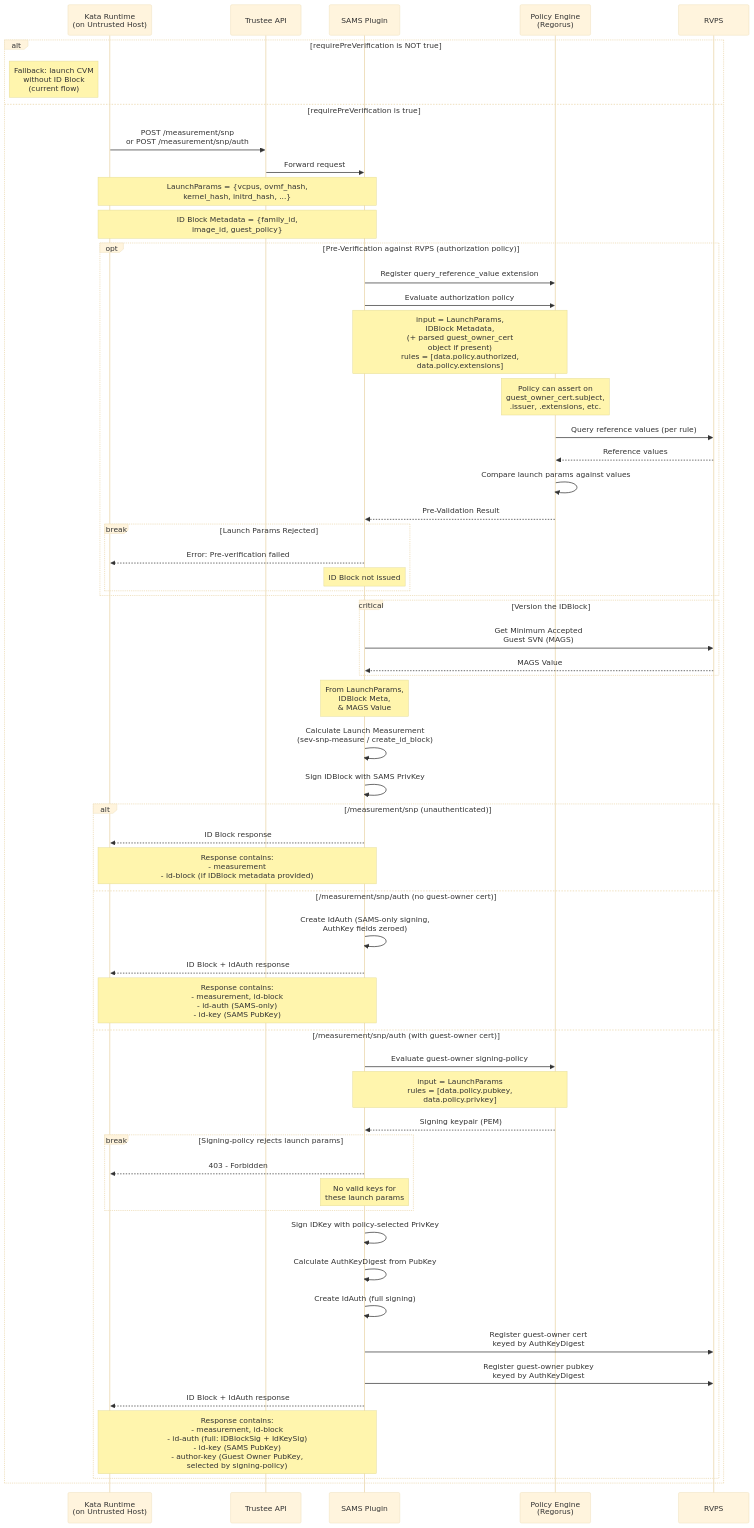
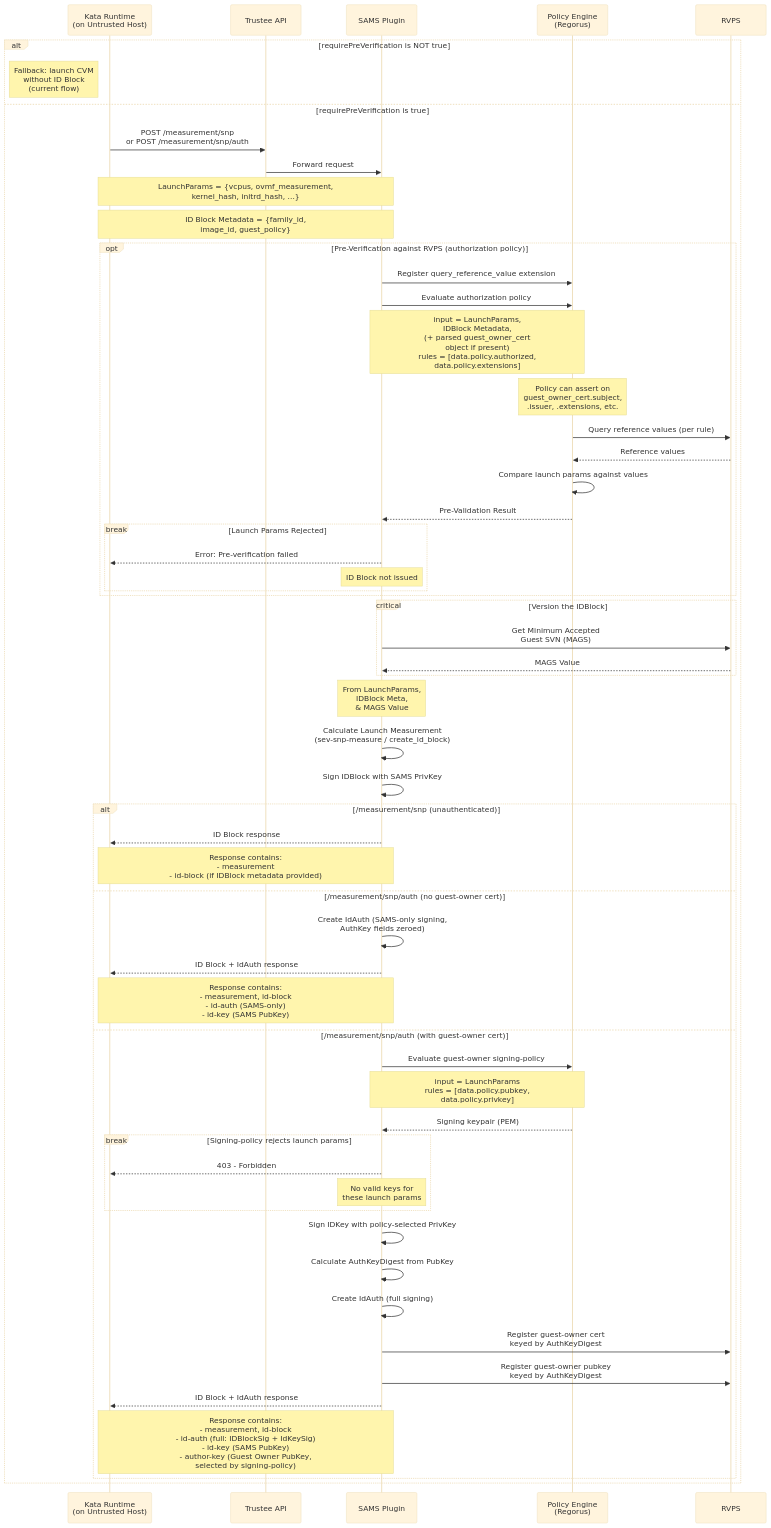
The second of 6 diagrams in kbs/src/plugins/implementations/sams/README.md (amd-cmaxwell/trustee), drawn with Mermaid (base theme) before and after one commit. The commit also changed other lines of this file and 5 other files, not shown here.

First line of the commit message:
kbs: replace ovmf_hash_str with OvmfMeasurement in SAMS measurement endpoints

````diff
--- a/kbs/src/plugins/implementations/sams/README.md
+++ b/kbs/src/plugins/implementations/sams/README.md
@@ -302,65 +299,65 @@
 ```mermaid
 sequenceDiagram
     participant kata_runtime as Kata Runtime<br>(on Untrusted Host)
     participant api as Trustee API
     participant sams as SAMS Plugin
     participant policy_engine as Policy Engine<br>(Regorus)
     participant rvps as RVPS
 
     alt requirePreVerification is NOT true
         note left of kata_runtime: Fallback: launch CVM<br>without ID Block<br>(current flow)
     else requirePreVerification is true
         kata_runtime ->> api: POST /measurement/snp<br>or POST /measurement/snp/auth
         api ->> sams: Forward request
 
-        note over kata_runtime, sams: LaunchParams = {vcpus, ovmf_hash,<br>kernel_hash, initrd_hash, ...}
+        note over kata_runtime, sams: LaunchParams = {vcpus, ovmf_measurement,<br>kernel_hash, initrd_hash, ...}
         note over kata_runtime, sams: ID Block Metadata = {family_id,<br>image_id, guest_policy}
 
         opt Pre-Verification against RVPS (authorization policy)
             sams ->> policy_engine: Register query_reference_value extension
             sams ->> policy_engine: Evaluate authorization policy
             note over sams, policy_engine: input = LaunchParams,<br>IDBlock Metadata,<br>(+ parsed guest_owner_cert<br>object if present)<br>rules = [data.policy.authorized,<br>data.policy.extensions]
             note over policy_engine: Policy can assert on<br>guest_owner_cert.subject,<br>.issuer, .extensions, etc.
             policy_engine ->> rvps: Query reference values (per rule)
             rvps -->> policy_engine: Reference values
             policy_engine ->> policy_engine: Compare launch params against values
             policy_engine -->> sams: Pre-Validation Result
             break Launch Params Rejected
                 sams -->> kata_runtime: Error: Pre-verification failed
                 note over sams: ID Block not issued
             end
         end
 
         critical Version the IDBlock
             sams ->> rvps: Get Minimum Accepted <br>Guest SVN (MAGS)
             rvps -->> sams: MAGS Value
         end
         note over sams: From LaunchParams,<br> IDBlock Meta,<br> & MAGS Value
         sams ->> sams: Calculate Launch Measurement<br>(sev-snp-measure / create_id_block)
         sams ->> sams: Sign IDBlock with SAMS PrivKey
 
         alt /measurement/snp (unauthenticated)
             sams -->> kata_runtime: ID Block response
             note over sams, kata_runtime: Response contains:<br>- measurement<br>- id-block (if IDBlock metadata provided)
         else /measurement/snp/auth (no guest-owner cert)
             sams ->> sams: Create IdAuth (SAMS-only signing,<br>AuthKey fields zeroed)
             sams -->> kata_runtime: ID Block + IdAuth response
             note over sams, kata_runtime: Response contains:<br>- measurement, id-block<br>- id-auth (SAMS-only)<br>- id-key (SAMS PubKey)
         else /measurement/snp/auth (with guest-owner cert)
             sams ->> policy_engine: Evaluate guest-owner signing-policy
             note over sams, policy_engine: input = LaunchParams<br>rules = [data.policy.pubkey,<br>data.policy.privkey]
             policy_engine -->> sams: Signing keypair (PEM)
             break Signing-policy rejects launch params
                 sams -->> kata_runtime: 403 - Forbidden
                 note over sams: No valid keys for<br>these launch params
             end
             sams ->> sams: Sign IDKey with policy-selected PrivKey
             sams ->> sams: Calculate AuthKeyDigest from PubKey
             sams ->> sams: Create IdAuth (full signing)
             sams ->> rvps: Register guest-owner cert<br>keyed by AuthKeyDigest
             sams ->> rvps: Register guest-owner pubkey<br>keyed by AuthKeyDigest
             sams -->> kata_runtime: ID Block + IdAuth response
             note over sams, kata_runtime: Response contains:<br>- measurement, id-block<br>- id-auth (full: IDBlockSig + IdKeySig)<br>- id-key (SAMS PubKey)<br>- author-key (Guest Owner PubKey,<br>  selected by signing-policy)
         end
     end
 ```
````
